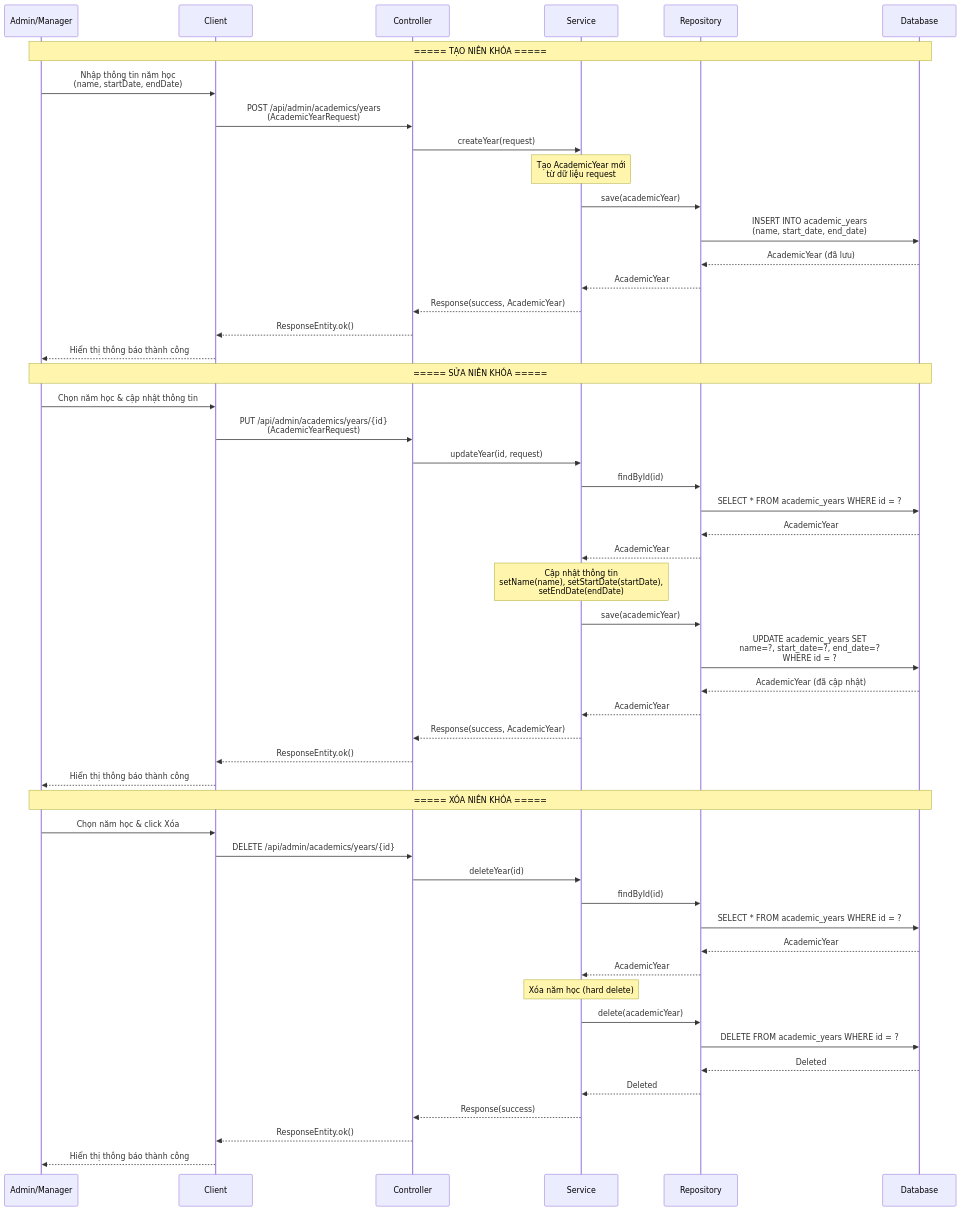
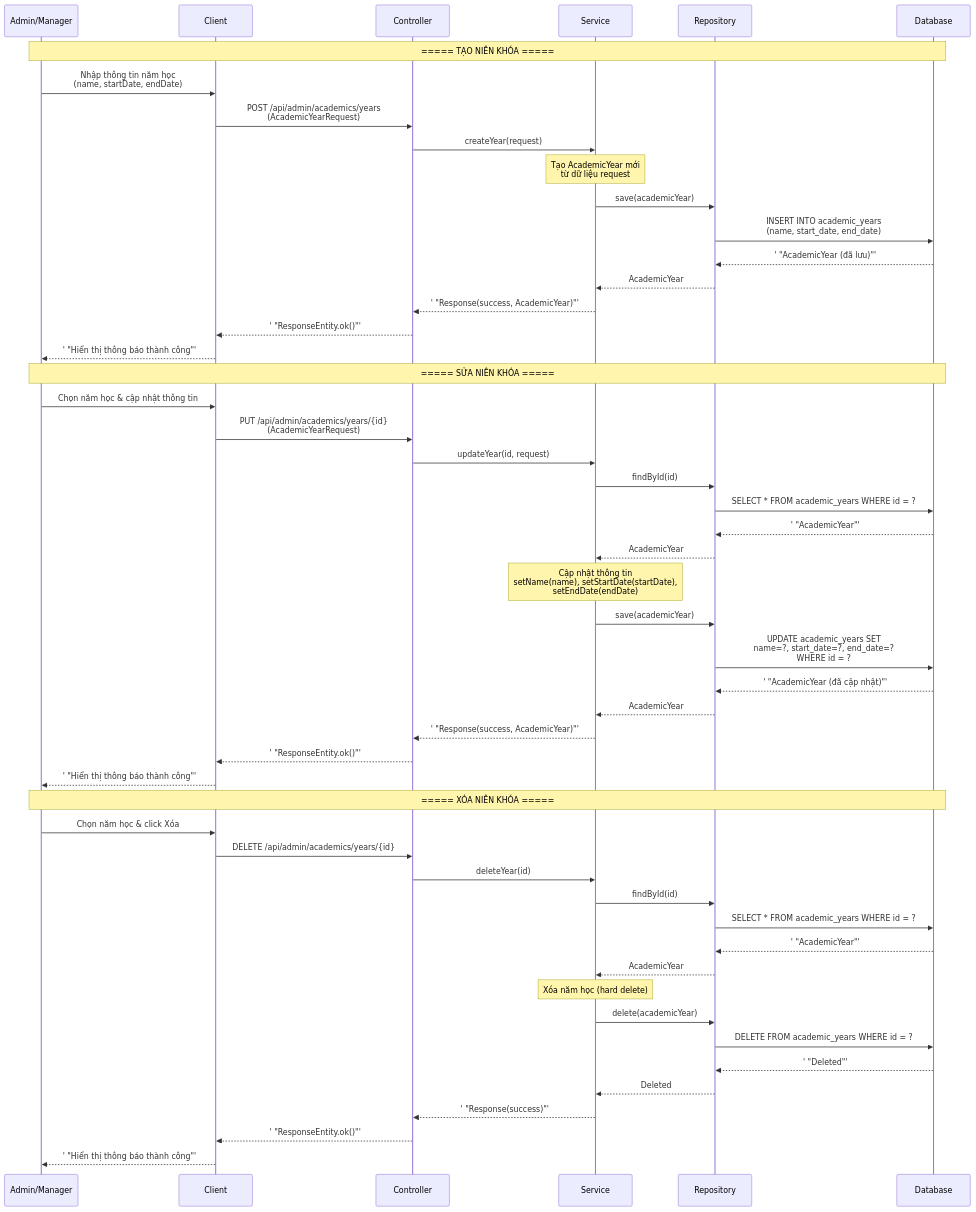
The first of 4 diagrams in docs/sequence-diagramV2/sequence-diagram-academic.md (mchien04/CampusLife), drawn with Mermaid before and after one commit. The commit also changed other lines of this file and 18 other files, not shown here.

First line of the commit message:
fix(sequence-diagramV2): fix Mermaid parse errors

````diff
--- a/docs/sequence-diagramV2/sequence-diagram-academic.md
+++ b/docs/sequence-diagramV2/sequence-diagram-academic.md
@@ -10,67 +10,67 @@
 ```mermaid
 sequenceDiagram
     participant A as Admin/Manager
     participant C as Client
     participant CTL as Controller
     participant SVC as Service
     participant REPO as Repository
     participant DB as Database
 
     Note over A,DB: ===== TẠO NIÊN KHÓA =====
 
     A->>C: Nhập thông tin năm học<br/>(name, startDate, endDate)
     C->>CTL: POST /api/admin/academics/years<br/>(AcademicYearRequest)
     CTL->>SVC: createYear(request)
 
     Note over SVC: Tạo AcademicYear mới<br/>từ dữ liệu request
     SVC->>REPO: save(academicYear)
     REPO->>DB: INSERT INTO academic_years<br/>(name, start_date, end_date)
-    DB-->>REPO: AcademicYear (đã lưu)
+    DB-->>REPO:' "AcademicYear (đã lưu)"'
     REPO-->>SVC: AcademicYear
 
-    SVC-->>CTL: Response(success, AcademicYear)
-    CTL-->>C: ResponseEntity.ok()
-    C-->>A: Hiển thị thông báo thành công
+    SVC-->>CTL:' "Response(success, AcademicYear)"'
+    CTL-->>C:' "ResponseEntity.ok()"'
+    C-->>A:' "Hiển thị thông báo thành công"'
 
     Note over A,DB: ===== SỬA NIÊN KHÓA =====
 
     A->>C: Chọn năm học & cập nhật thông tin
     C->>CTL: PUT /api/admin/academics/years/{id}<br/>(AcademicYearRequest)
     CTL->>SVC: updateYear(id, request)
 
     SVC->>REPO: findById(id)
     REPO->>DB: SELECT * FROM academic_years WHERE id = ?
-    DB-->>REPO: AcademicYear
+    DB-->>REPO:' "AcademicYear"'
     REPO-->>SVC: AcademicYear
 
     Note over SVC: Cập nhật thông tin<br/>setName(name), setStartDate(startDate),<br/>setEndDate(endDate)
     SVC->>REPO: save(academicYear)
     REPO->>DB: UPDATE academic_years SET<br/>name=?, start_date=?, end_date=?<br/>WHERE id = ?
-    DB-->>REPO: AcademicYear (đã cập nhật)
+    DB-->>REPO:' "AcademicYear (đã cập nhật)"'
     REPO-->>SVC: AcademicYear
 
-    SVC-->>CTL: Response(success, AcademicYear)
-    CTL-->>C: ResponseEntity.ok()
-    C-->>A: Hiển thị thông báo thành công
+    SVC-->>CTL:' "Response(success, AcademicYear)"'
+    CTL-->>C:' "ResponseEntity.ok()"'
+    C-->>A:' "Hiển thị thông báo thành công"'
 
     Note over A,DB: ===== XÓA NIÊN KHÓA =====
 
     A->>C: Chọn năm học & click Xóa
     C->>CTL: DELETE /api/admin/academics/years/{id}
     CTL->>SVC: deleteYear(id)
 
     SVC->>REPO: findById(id)
     REPO->>DB: SELECT * FROM academic_years WHERE id = ?
-    DB-->>REPO: AcademicYear
+    DB-->>REPO:' "AcademicYear"'
     REPO-->>SVC: AcademicYear
 
     Note over SVC: Xóa năm học (hard delete)
     SVC->>REPO: delete(academicYear)
     REPO->>DB: DELETE FROM academic_years WHERE id = ?
-    DB-->>REPO: Deleted
+    DB-->>REPO:' "Deleted"'
     REPO-->>SVC: Deleted
 
-    SVC-->>CTL: Response(success)
-    CTL-->>C: ResponseEntity.ok()
-    C-->>A: Hiển thị thông báo thành công
+    SVC-->>CTL:' "Response(success)"'
+    CTL-->>C:' "ResponseEntity.ok()"'
+    C-->>A:' "Hiển thị thông báo thành công"'
 ```
````
